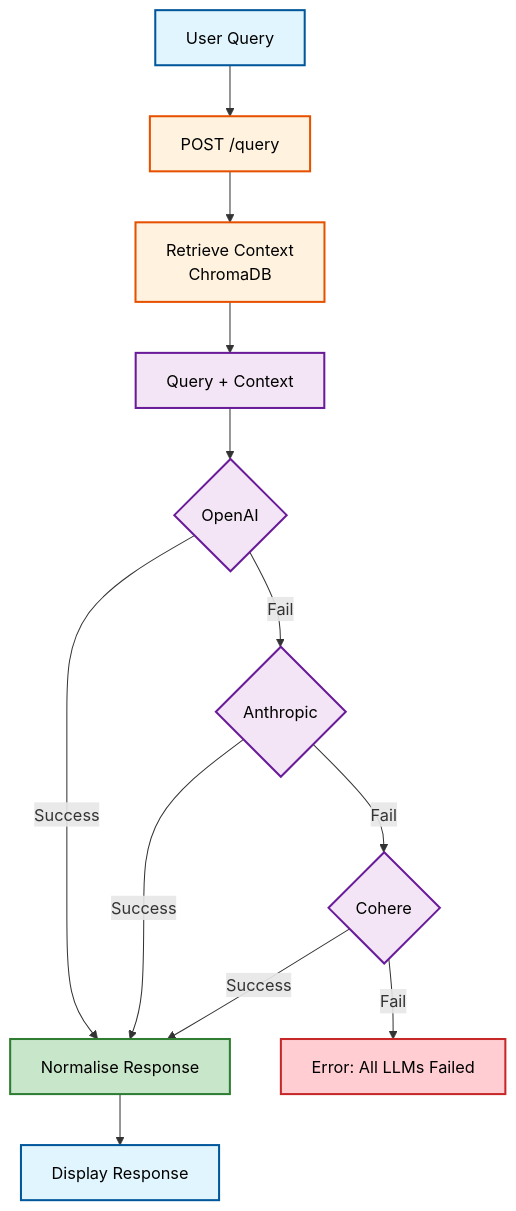
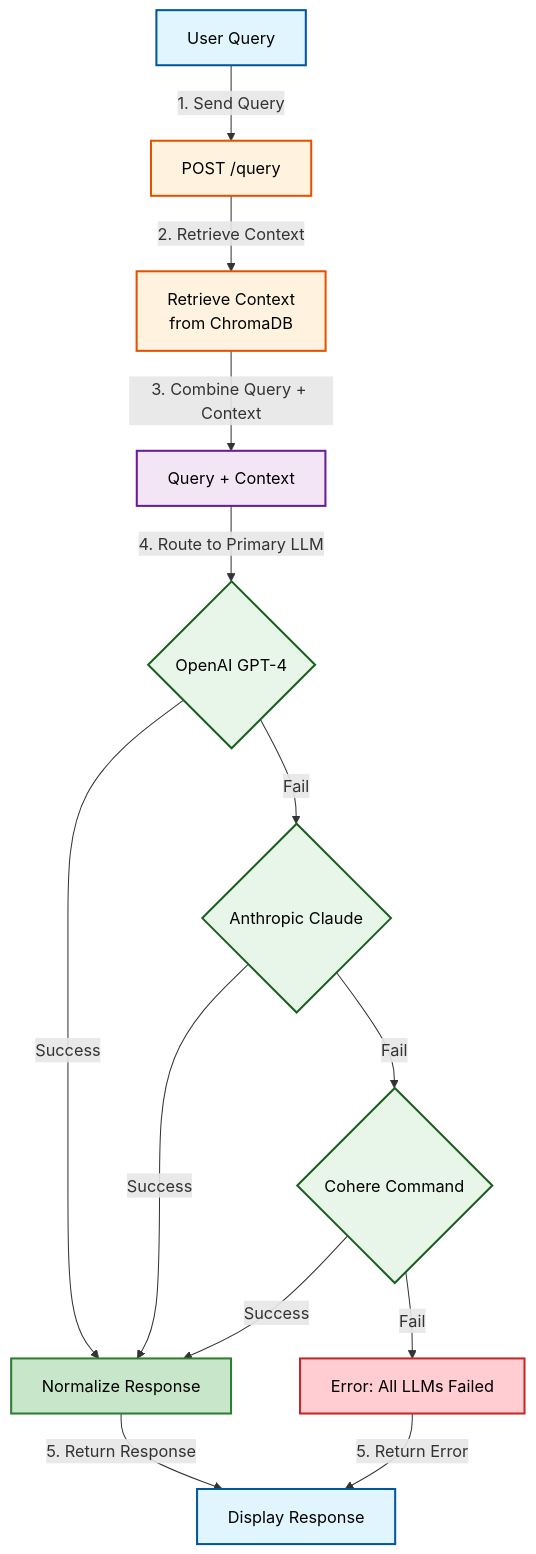
The diagram in README.md (Rawdyrathaur/portfolio), drawn with Mermaid before and after one commit. The commit also changed other lines of this file, not shown here.

````diff
--- a/README.md
+++ b/README.md
@@ -43,31 +43,28 @@
 ```mermaid
 flowchart TD
     classDef frontend fill:#e1f5fe,stroke:#01579b,stroke-width:2px,color:#000
     classDef rag fill:#fff3e0,stroke:#e65100,stroke-width:2px,color:#000
     classDef router fill:#f3e5f5,stroke:#6a1b9a,stroke-width:2px,color:#000
     classDef llm fill:#e8f5e9,stroke:#1b5e20,stroke-width:2px,color:#000
     classDef success fill:#c8e6c9,stroke:#2e7d32,stroke-width:2px,color:#000
     classDef error fill:#ffcdd2,stroke:#c62828,stroke-width:2px,color:#000
 
-    A[User Query]:::frontend
-    Z[Display Response]:::frontend
+    A[User Query]:::frontend -->|1. Send Query| B[POST /query]:::rag
+    B -->|2. Retrieve Context| C[Retrieve Context\nfrom ChromaDB]:::rag
+    C -->|3. Combine Query + Context| D[Query + Context]:::router
 
-    B[POST /query]:::rag
-    C[Retrieve Context\nChromaDB]:::rag
+    D -->|4. Route to Primary LLM| E{OpenAI GPT-4}:::llm
+    E -->|Success| H[Normalize Response]:::success
+    E -->|Fail| F{Anthropic Claude}:::llm
+    F -->|Success| H
+    F -->|Fail| G{Cohere Command}:::llm
+    G -->|Success| H
+    G -->|Fail| I[Error: All LLMs Failed]:::error
 
-    D[Query + Context]:::router
-    E{OpenAI}:::router
-    F{Anthropic}:::router
-    G{Cohere}:::router
-    H[Normalise Response]:::success
-    I[Error: All LLMs Failed]:::error
+    H -->|5. Return Response| Z[Display Response]:::frontend
+    I -->|5. Return Error| Z
 
-    A --> B --> C --> D --> E
-    E -->|Success| H
-    E -->|Fail| F
-    F -->|Success| H
-    F -->|Fail| G
-    G -->|Success| H
-    G -->|Fail| I
-    H --> Z
+    %% Additional Notes
+    %% - The process ensures fallback mechanisms for high availability.
+    %% - Normalization guarantees consistent response formatting.
 ```
````
